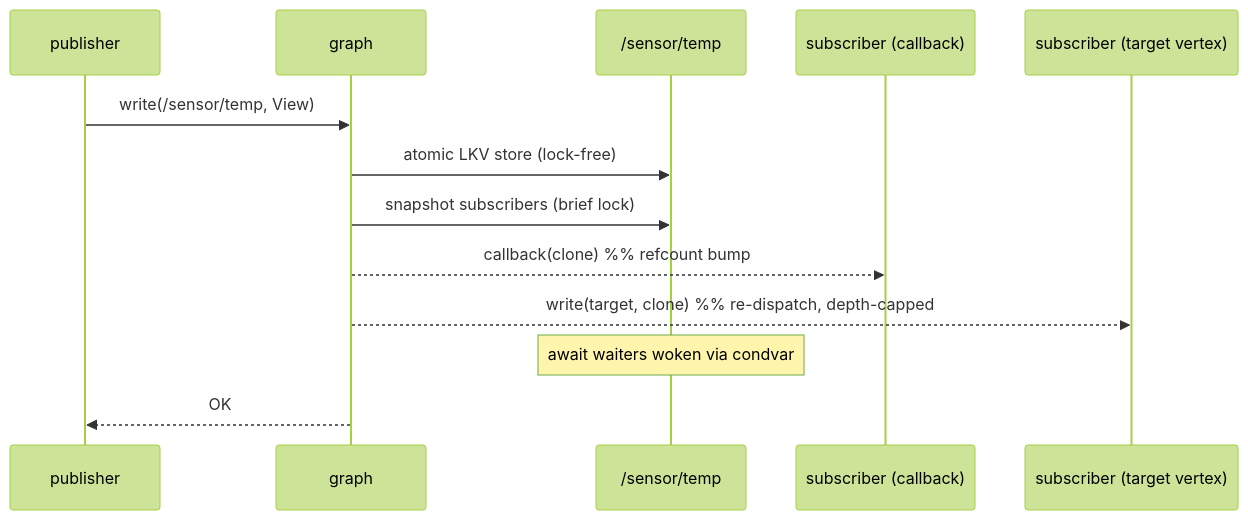
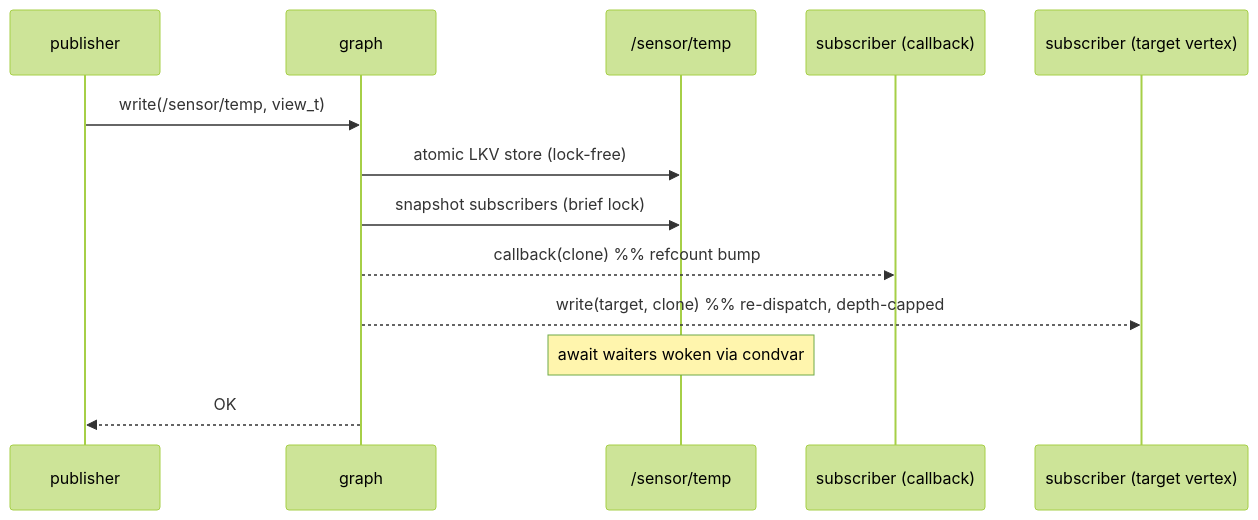
Before and after one commit to avatarsd-llc/libtracer: the diagram in docs/modules/graph.md, drawn with Mermaid (forest theme). The commit also changed other lines of this file and 64 other files, not shown here.

````diff
--- a/docs/modules/graph.md
+++ b/docs/modules/graph.md
@@ -72,15 +72,15 @@
 ```{mermaid}
 sequenceDiagram
     participant P as publisher
     participant G as graph
     participant V as /sensor/temp
     participant S1 as subscriber (callback)
     participant S2 as subscriber (target vertex)
-    P->>G: write(/sensor/temp, View)
+    P->>G: write(/sensor/temp, view_t)
     G->>V: atomic LKV store (lock-free)
     G->>V: snapshot subscribers (brief lock)
     G-->>S1: callback(clone)  %% refcount bump
     G-->>S2: write(target, clone)  %% re-dispatch, depth-capped
     Note over V: await waiters woken via condvar
     G-->>P: OK
 ```
````
